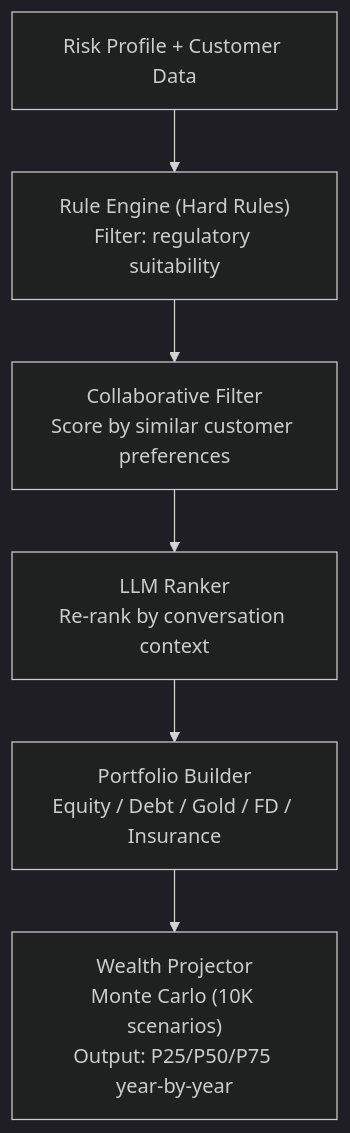
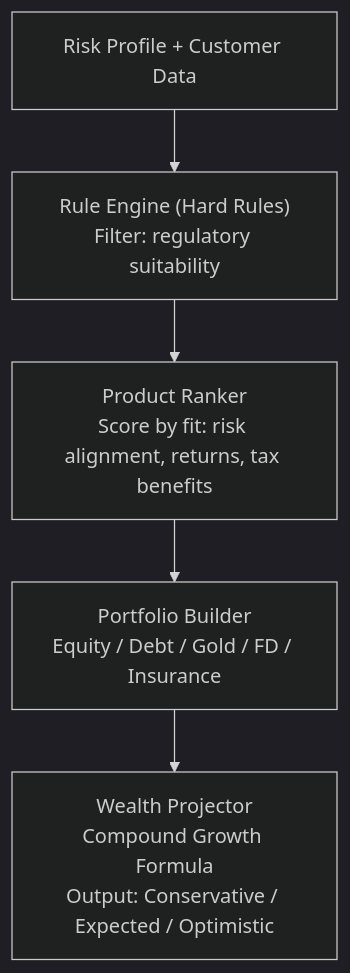
Diagram 12 of 14 in docs/design/02-high-level-design.md (Cognition-Partner-Workshops/uc-framework-upgrade-monolith-to-microservices), drawn with Mermaid (dark theme) before and after one commit. The commit also changed other lines of this file and 4 other files, not shown here.

````diff
--- a/docs/design/02-high-level-design.md
+++ b/docs/design/02-high-level-design.md
@@ -465,15 +455,13 @@
 ```mermaid
 flowchart TD
     INPUT3["Risk Profile + Customer Data"]
     RULES["Rule Engine (Hard Rules)<br/>Filter: regulatory suitability"]
-    CF["Collaborative Filter<br/>Score by similar customer preferences"]
-    LLM_RANK["LLM Ranker<br/>Re-rank by conversation context"]
+    RANK["Product Ranker<br/>Score by fit: risk alignment, returns, tax benefits"]
     PB["Portfolio Builder<br/>Equity / Debt / Gold / FD / Insurance"]
-    MC["Wealth Projector<br/>Monte Carlo (10K scenarios)<br/>Output: P25/P50/P75 year-by-year"]
+    PROJ["Wealth Projector<br/>Compound Growth Formula<br/>Output: Conservative / Expected / Optimistic"]
 
     INPUT3 --> RULES
-    RULES --> CF
-    CF --> LLM_RANK
-    LLM_RANK --> PB
-    PB --> MC
+    RULES --> RANK
+    RANK --> PB
+    PB --> PROJ
 ```
````
